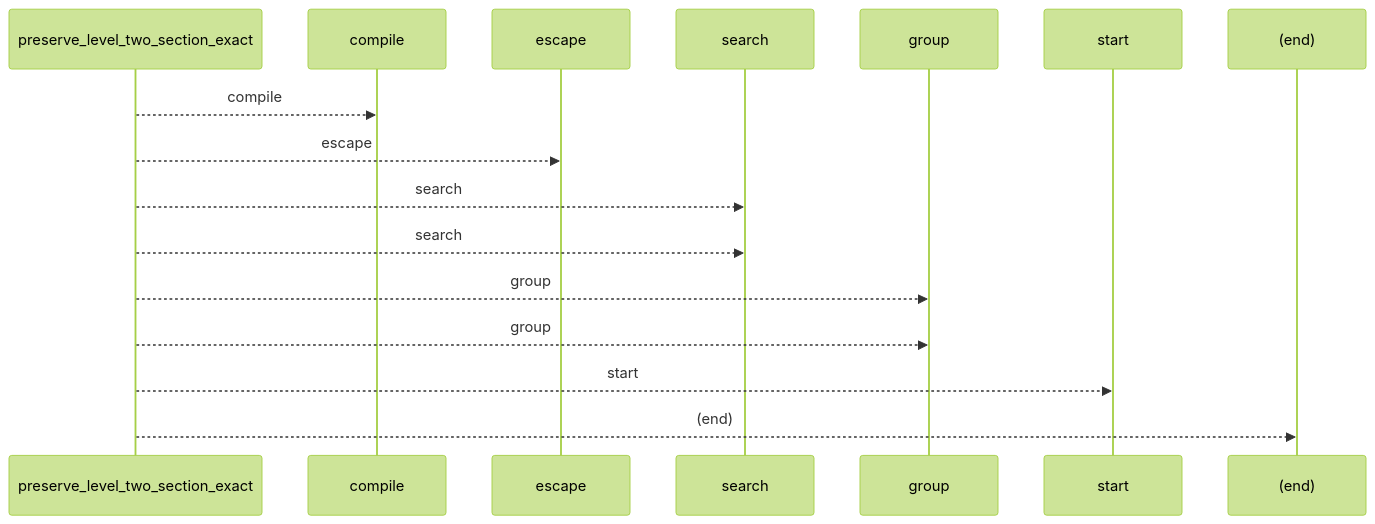
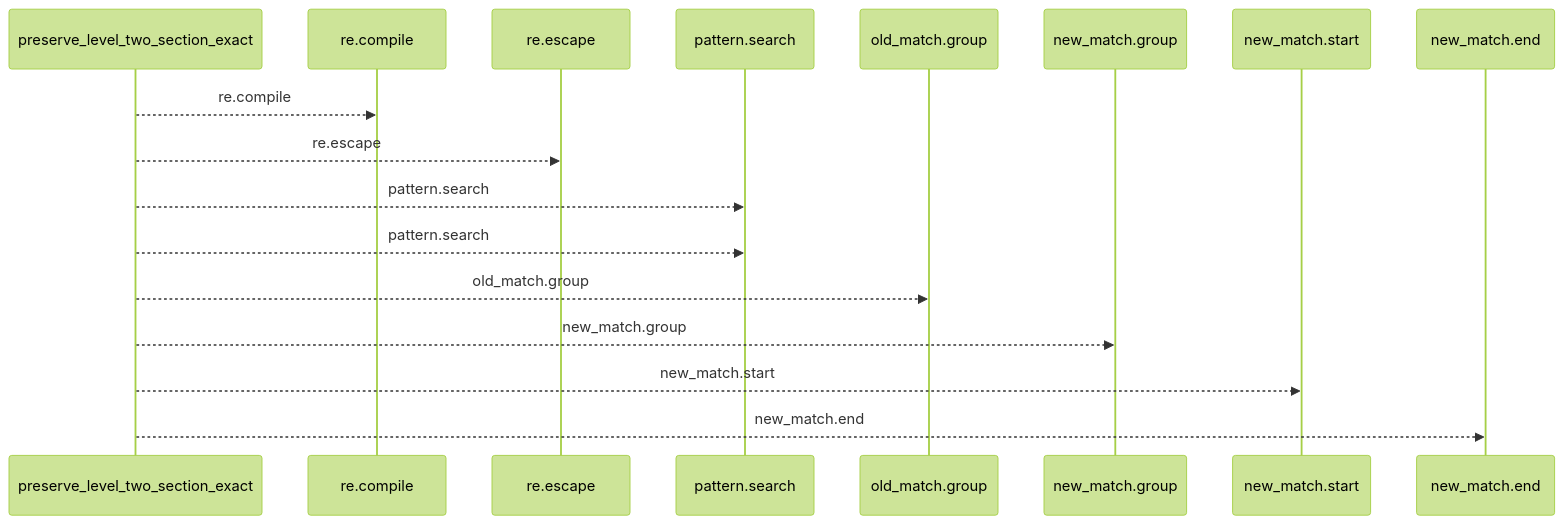
Before and after one commit to Denissvgn/python-wiki-llm: the first of 2 diagrams in docs/llm_wiki/flows/api-preserve_level_two_section_exact.md, drawn with Mermaid (forest theme). The commit also changed other lines of this file and 719 other files, not shown here.

````diff
--- a/docs/llm_wiki/flows/api-preserve_level_two_section_exact.md
+++ b/docs/llm_wiki/flows/api-preserve_level_two_section_exact.md
@@ -10,18 +10,19 @@
 ```mermaid
 sequenceDiagram
     participant p0 as preserve_level_two_section_exact
-    participant p1 as compile
-    participant p2 as escape
-    participant p3 as search
-    participant p4 as group
-    participant p5 as start
-    participant p6 as (end)
-    p0-->>p1: compile
-    p0-->>p2: escape
-    p0-->>p3: search
-    p0-->>p3: search
-    p0-->>p4: group
-    p0-->>p4: group
-    p0-->>p5: start
-    p0-->>p6: (end)
+    participant p1 as re.compile
+    participant p2 as re.escape
+    participant p3 as pattern.search
+    participant p4 as old_match.group
+    participant p5 as new_match.group
+    participant p6 as new_match.start
+    participant p7 as new_match.end
+    p0-->>p1: re.compile
+    p0-->>p2: re.escape
+    p0-->>p3: pattern.search
+    p0-->>p3: pattern.search
+    p0-->>p4: old_match.group
+    p0-->>p5: new_match.group
+    p0-->>p6: new_match.start
+    p0-->>p7: new_match.end
 ```
````
